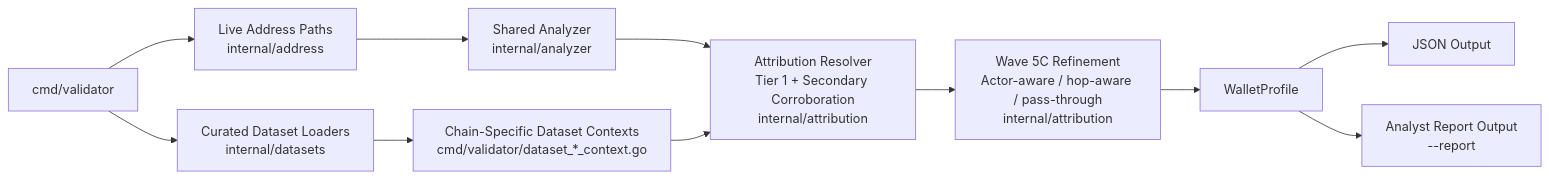
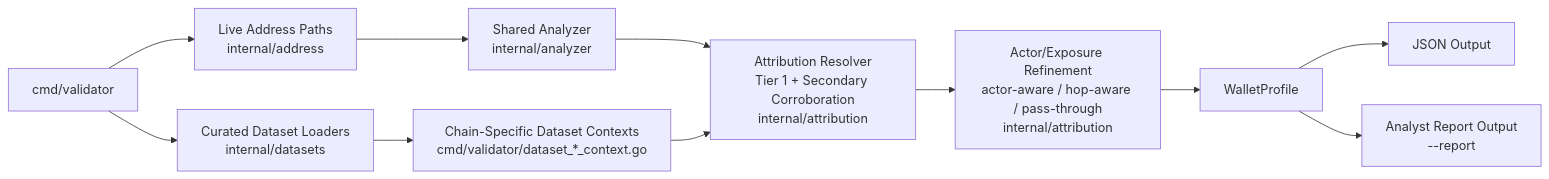
Before and after one commit to piyushdaiya/crypto-profiler: the first of 2 diagrams in ARCHITECTURE.md, drawn with Mermaid. The commit also changed other lines of this file and 10 other files, not shown here.

````diff
--- a/ARCHITECTURE.md
+++ b/ARCHITECTURE.md
@@ -132,13 +132,13 @@
 ```mermaid
 flowchart LR
     A["cmd/validator"] --> B["Live Address Paths<br/>internal/address"]
     A --> C["Curated Dataset Loaders<br/>internal/datasets"]
     B --> D["Shared Analyzer<br/>internal/analyzer"]
     C --> E["Chain-Specific Dataset Contexts<br/>cmd/validator/dataset_*_context.go"]
     D --> F["Attribution Resolver<br/>Tier 1 + Secondary Corroboration<br/>internal/attribution"]
     E --> F
-    F --> G["Wave 5C Refinement<br/>Actor-aware / hop-aware / pass-through<br/>internal/attribution"]
+    F --> G["Actor/Exposure Refinement<br/>actor-aware / hop-aware / pass-through<br/>internal/attribution"]
     G --> H["WalletProfile"]
     H --> I["JSON Output"]
     H --> J["Analyst Report Output<br/>--report"]
 ```
````
